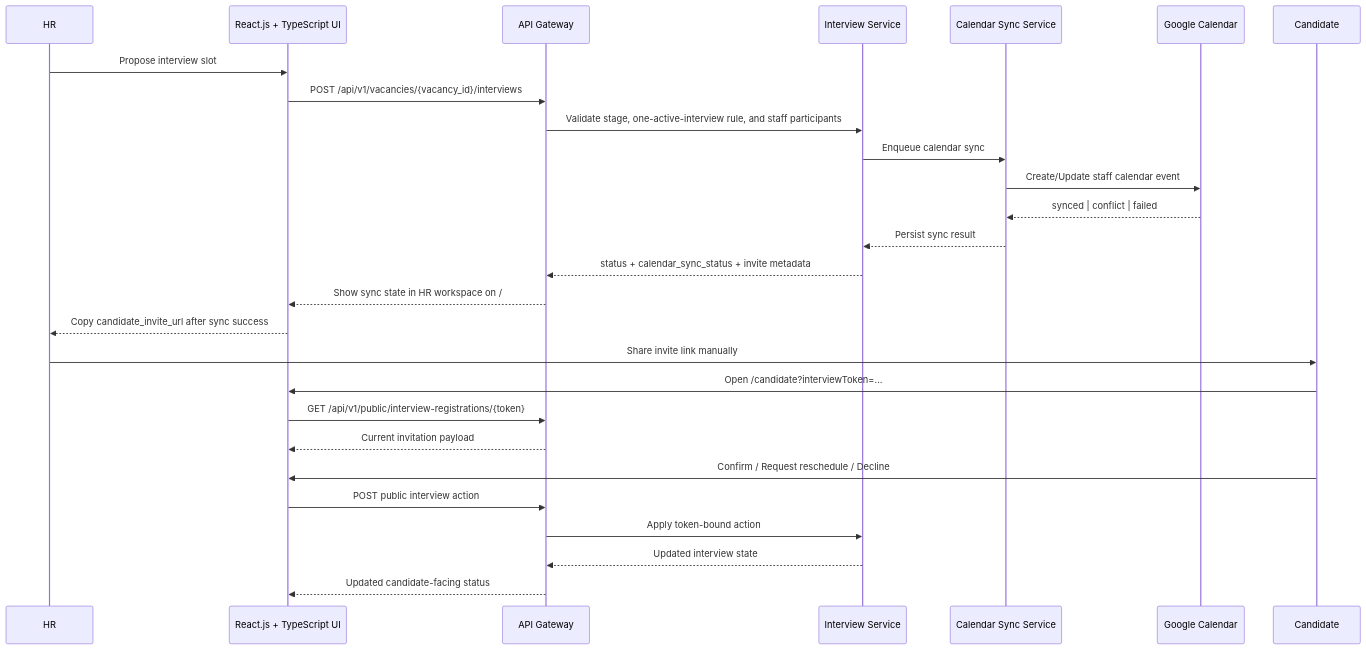
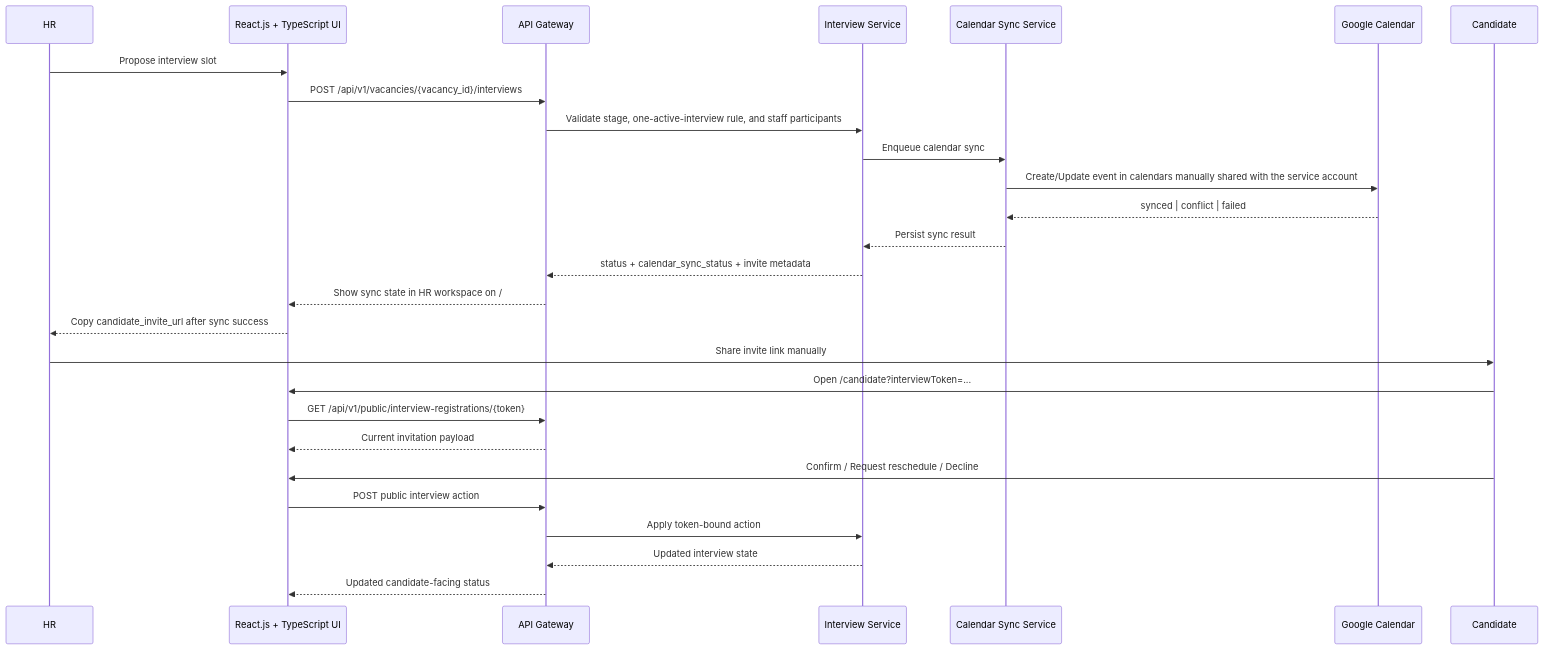
Before and after one commit to RubiFoc/hrm: the fifth of 18 diagrams in docs/architecture/diagrams.md, drawn with Mermaid. The commit also changed other lines of this file and 55 other files, not shown here.

````diff
--- a/docs/architecture/diagrams.md
+++ b/docs/architecture/diagrams.md
@@ -191,30 +191,30 @@
 ```mermaid
 sequenceDiagram
   participant HR as HR
   participant UI as React.js + TypeScript UI
   participant API as API Gateway
   participant INT as Interview Service
   participant GCA as Calendar Sync Service
   participant GCAL as Google Calendar
   participant C as Candidate
 
   HR->>UI: Propose interview slot
   UI->>API: POST /api/v1/vacancies/{vacancy_id}/interviews
   API->>INT: Validate stage, one-active-interview rule, and staff participants
   INT->>GCA: Enqueue calendar sync
-  GCA->>GCAL: Create/Update staff calendar event
+  GCA->>GCAL: Create/Update event in calendars manually shared with the service account
   GCAL-->>GCA: synced | conflict | failed
   GCA-->>INT: Persist sync result
   INT-->>API: status + calendar_sync_status + invite metadata
   API-->>UI: Show sync state in HR workspace on /
   UI-->>HR: Copy candidate_invite_url after sync success
   HR->>C: Share invite link manually
   C->>UI: Open /candidate?interviewToken=...
   UI->>API: GET /api/v1/public/interview-registrations/{token}
   API-->>UI: Current invitation payload
   C->>UI: Confirm / Request reschedule / Decline
   UI->>API: POST public interview action
   API->>INT: Apply token-bound action
   INT-->>API: Updated interview state
   API-->>UI: Updated candidate-facing status
 ```
````
